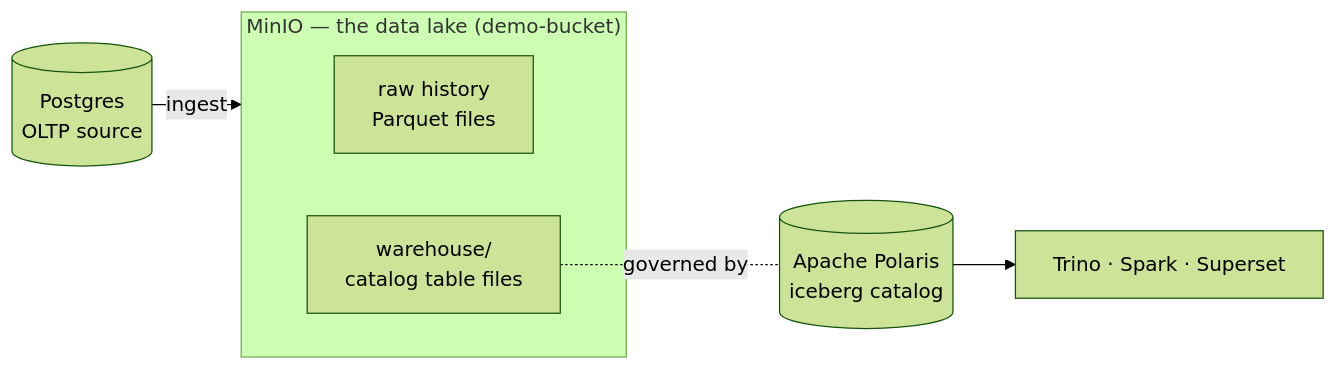
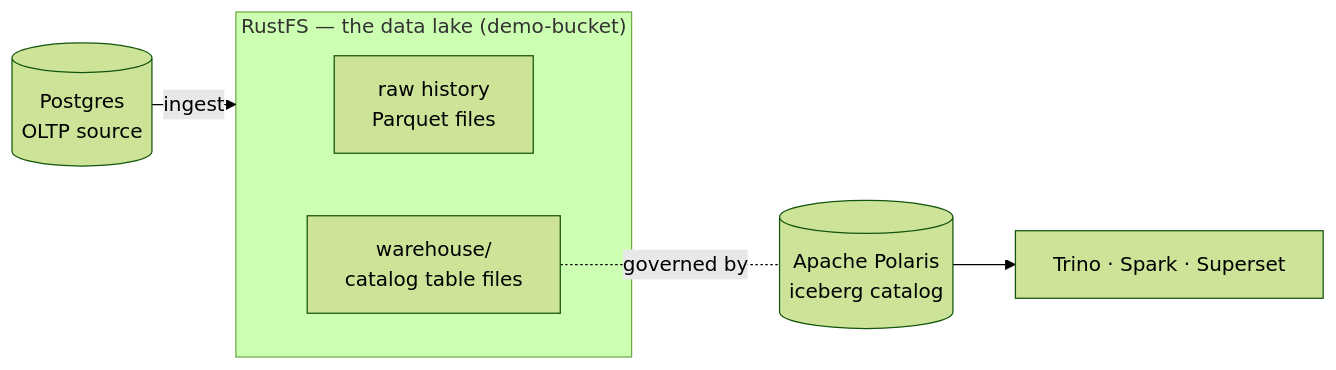
One commit to maarthala/databrick-local-simulator changed the diagram in training/docs/unit0/data-inventory.md. Above: the diagram before and after it, drawn with Mermaid (forest theme). The commit also changed other lines of this file and 27 other files, not shown here.

````diff
--- a/training/docs/unit0/data-inventory.md
+++ b/training/docs/unit0/data-inventory.md
@@ -6,10 +6,10 @@
 ```mermaid
 flowchart LR
   PG[(Postgres<br/>OLTP source)] -->|ingest| LAKE
-  subgraph LAKE["MinIO — the data lake (demo-bucket)"]
+  subgraph LAKE["RustFS — the data lake (demo-bucket)"]
     RAW[raw history<br/>Parquet files]
     ICE[warehouse/<br/>catalog table files]
   end
   ICE -. governed by .- POL[(Apache Polaris<br/>iceberg catalog)]
   POL --> ENG[Trino · Spark · Superset]
 ```
````
